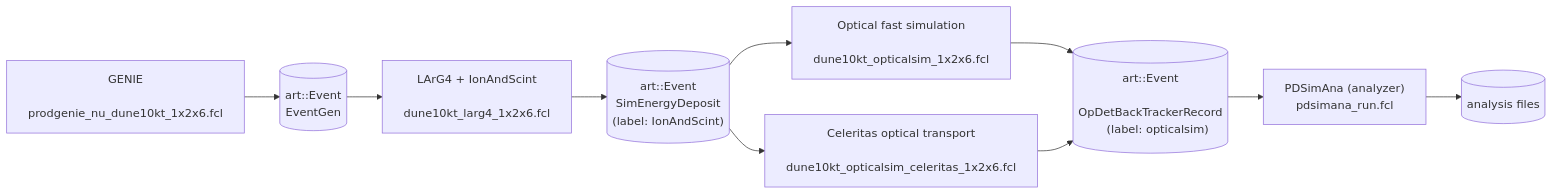
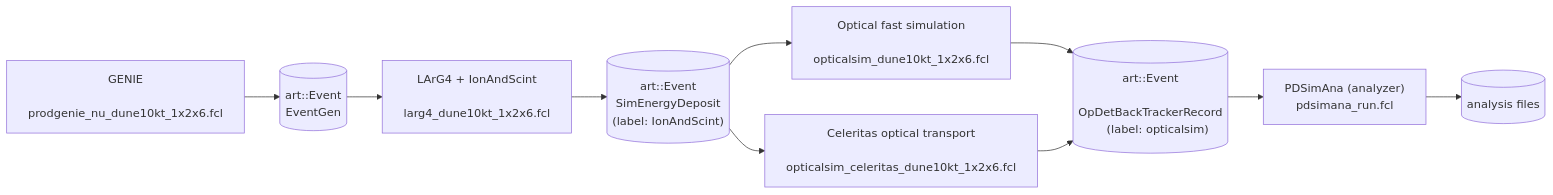
Before and after one commit to celeritas-project/celeritas: the diagram in example/larceler/README.md, drawn with Mermaid. The commit also changed other lines of this file, not shown here.

````diff
--- a/example/larceler/README.md
+++ b/example/larceler/README.md
@@ -11,26 +11,26 @@
 ```mermaid
 flowchart LR
 evt-gen["GENIE
     prodgenie_nu_dune10kt_1x2x6.fcl"]
 genie-data[("art::Event
     EventGen")]
 det-edep["LArG4 + IonAndScint
-    dune10kt_larg4_1x2x6.fcl"]
+    larg4_dune10kt_1x2x6.fcl"]
 edep-data[("art::Event
     SimEnergyDeposit
     (label: IonAndScint)")]
 det-optical-fast["Optical fast simulation
-    dune10kt_opticalsim_1x2x6.fcl"]
+    opticalsim_dune10kt_1x2x6.fcl"]
 det-optical-full["Celeritas optical transport
-    dune10kt_opticalsim_celeritas_1x2x6.fcl"]
+    opticalsim_celeritas_dune10kt_1x2x6.fcl"]
 optical-data[("art::Event
     OpDetBackTrackerRecord
     (label: opticalsim)")]
 analyzer["PDSimAna (analyzer)
     pdsimana_run.fcl"]
 analyzer-data[("analysis files")]
 
 evt-gen --> genie-data --> det-edep --> edep-data
 edep-data --> det-optical-fast & det-optical-full --> optical-data --> analyzer
 analyzer --> analyzer-data
 ```
````
